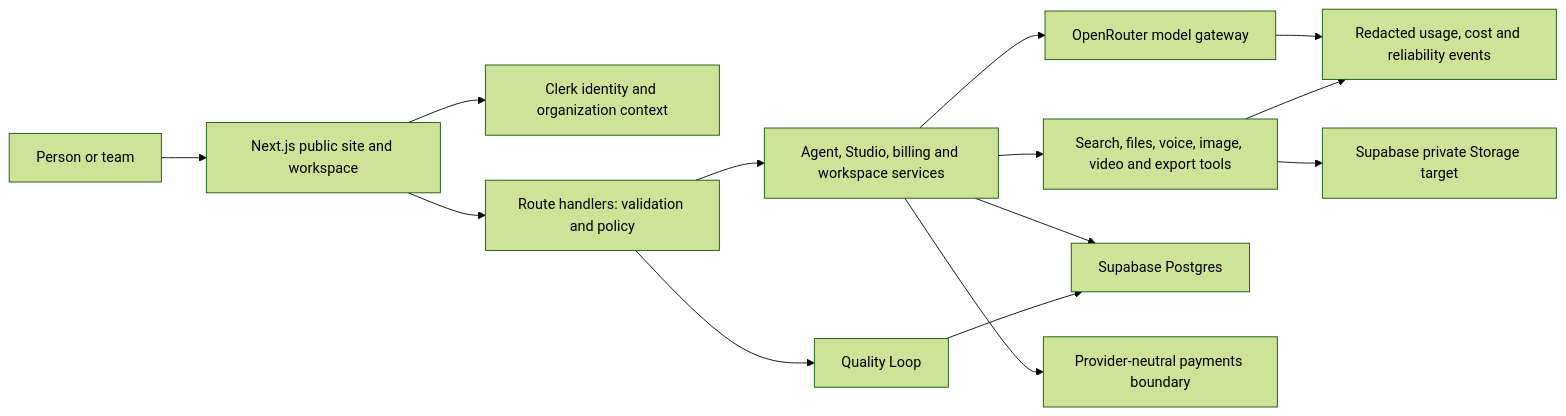
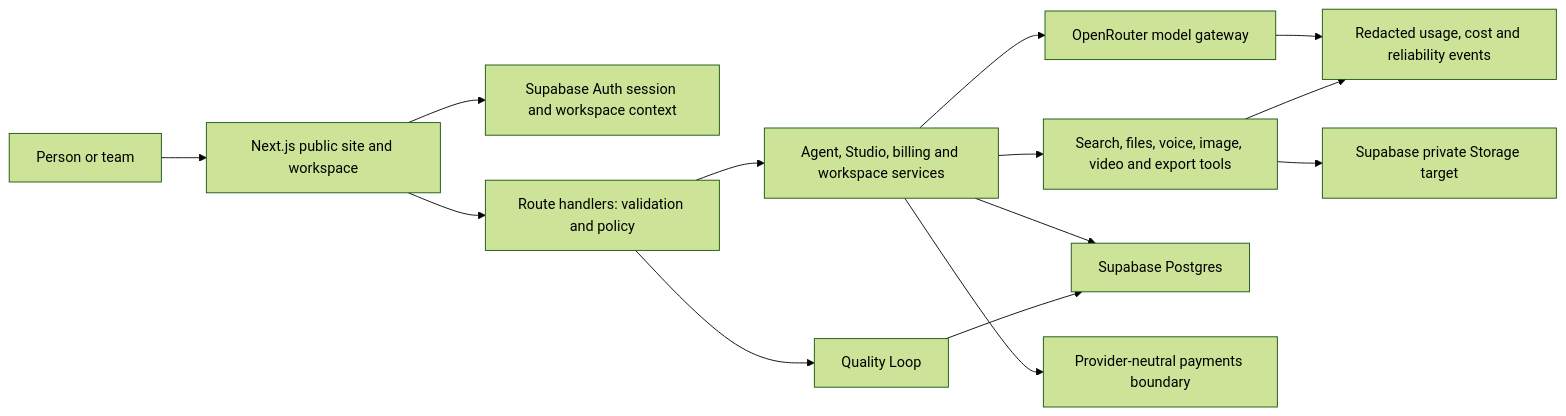
Before and after one commit to bamideletewogbade/ai360-lab: the first of 3 diagrams in TECHNICAL_HANDBOOK.md, drawn with Mermaid (forest theme). The commit also changed other lines of this file and 4 other files, not shown here.

````diff
--- a/TECHNICAL_HANDBOOK.md
+++ b/TECHNICAL_HANDBOOK.md
@@ -71,16 +73,16 @@
 ```mermaid
 flowchart LR
   Person["Person or team"] --> Web["Next.js public site and workspace"]
-  Web --> Identity["Clerk identity and organization context"]
+  Web --> Identity["Supabase Auth session and workspace context"]
   Web --> Routes["Route handlers: validation and policy"]
   Routes --> Services["Agent, Studio, billing and workspace services"]
   Services --> Models["OpenRouter model gateway"]
   Services --> Tools["Search, files, voice, image, video and export tools"]
   Services --> Data["Supabase Postgres"]
   Routes --> Quality["Quality Loop"]
   Quality --> Data
   Tools --> Storage["Supabase private Storage target"]
   Services --> Payments["Provider-neutral payments boundary"]
   Models --> Telemetry["Redacted usage, cost and reliability events"]
   Tools --> Telemetry
 ```
````
